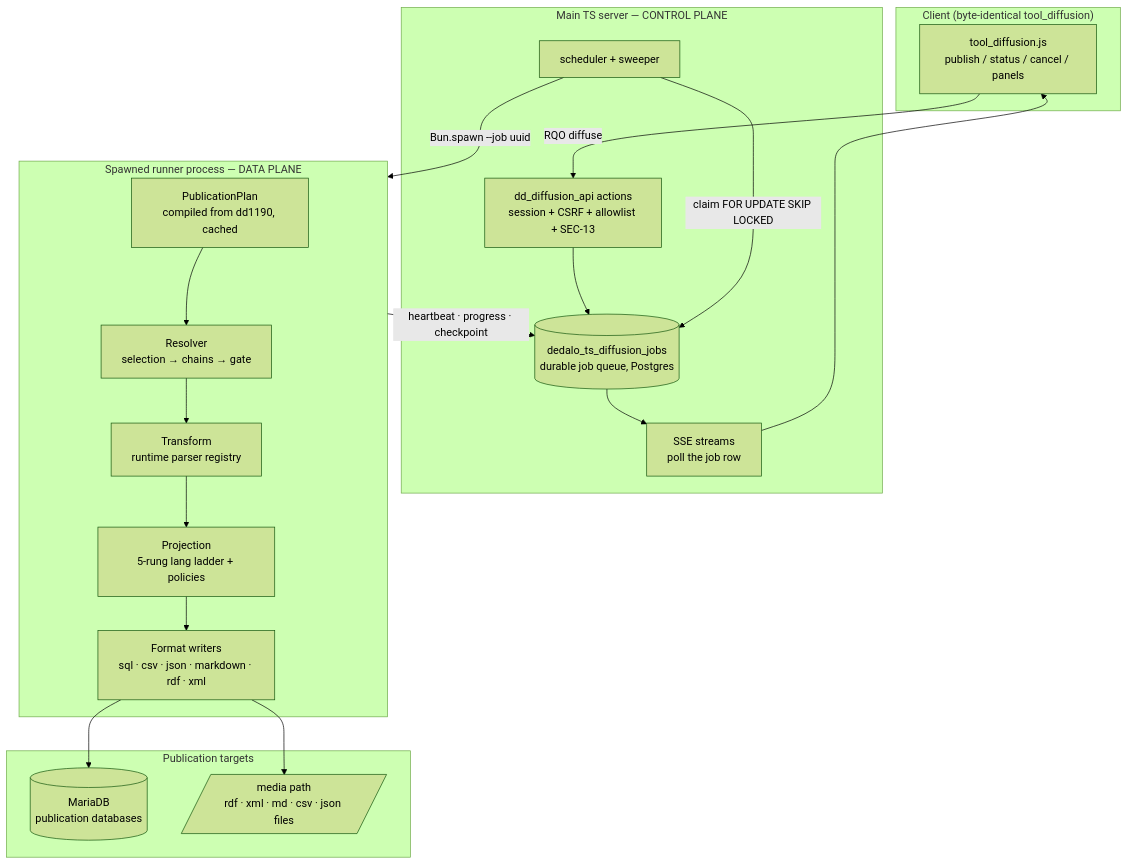
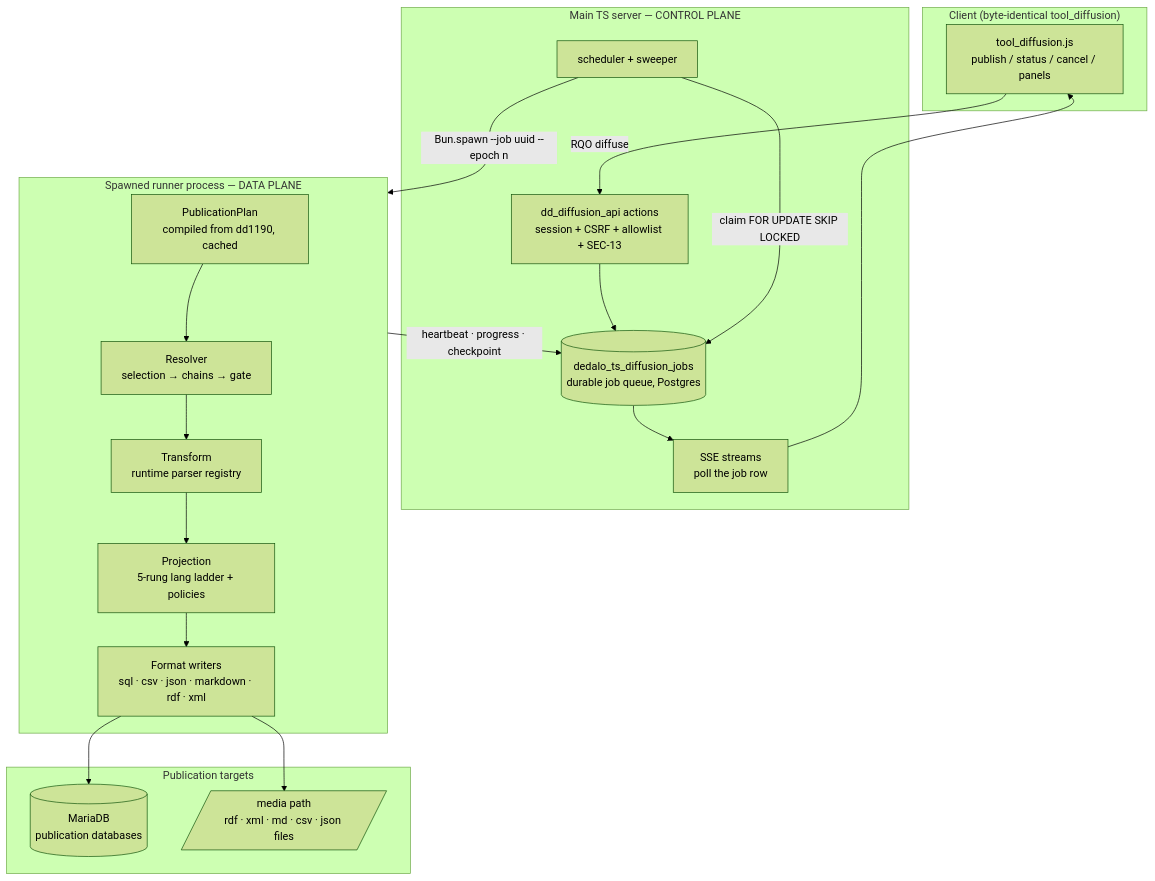
The diagram in docs/diffusion/native_engine.md (renderpci/dedalo), drawn with Mermaid (forest theme) before and after one commit. The commit also changed other lines of this file and 86 other files, not shown here.

````diff
--- a/docs/diffusion/native_engine.md
+++ b/docs/diffusion/native_engine.md
@@ -44,35 +44,35 @@
 ```mermaid
 flowchart TB
     subgraph CLIENT ["Client (byte-identical tool_diffusion)"]
         TD[tool_diffusion.js<br/>publish / status / cancel / panels]
     end
 
     subgraph SERVER ["Main TS server — CONTROL PLANE"]
         API[dd_diffusion_api actions<br/>session + CSRF + allowlist + SEC-13]
         Q[(dedalo_ts_diffusion_jobs<br/>durable job queue, Postgres)]
         SSE[SSE streams<br/>poll the job row]
         SCHED[scheduler + sweeper]
     end
 
     subgraph RUNNER ["Spawned runner process — DATA PLANE"]
         PLAN[PublicationPlan<br/>compiled from dd1190, cached]
         RES[Resolver<br/>selection → chains → gate]
         TRF[Transform<br/>runtime parser registry]
         PRJ[Projection<br/>5-rung lang ladder + policies]
         WRT[Format writers<br/>sql · csv · json · markdown · rdf · xml]
     end
 
     subgraph TARGETS ["Publication targets"]
         MDB[(MariaDB<br/>publication databases)]
         FILES[/media path<br/>rdf · xml · md · csv · json files/]
     end
 
     TD -->|RQO diffuse| API --> Q
     SCHED -->|claim FOR UPDATE SKIP LOCKED| Q
-    SCHED -->|Bun.spawn --job uuid| RUNNER
+    SCHED -->|Bun.spawn --job uuid --epoch n| RUNNER
     RUNNER -->|heartbeat · progress · checkpoint| Q
     Q --> SSE --> TD
     PLAN --> RES --> TRF --> PRJ --> WRT
     WRT --> MDB
     WRT --> FILES
 ```
````
